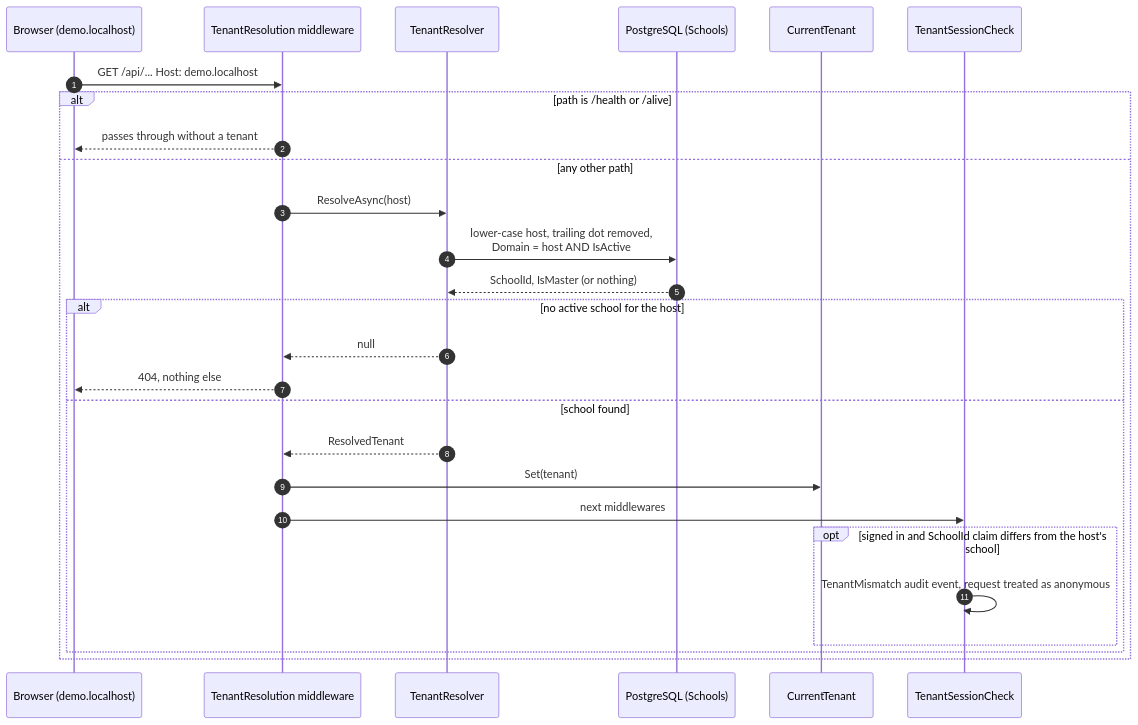
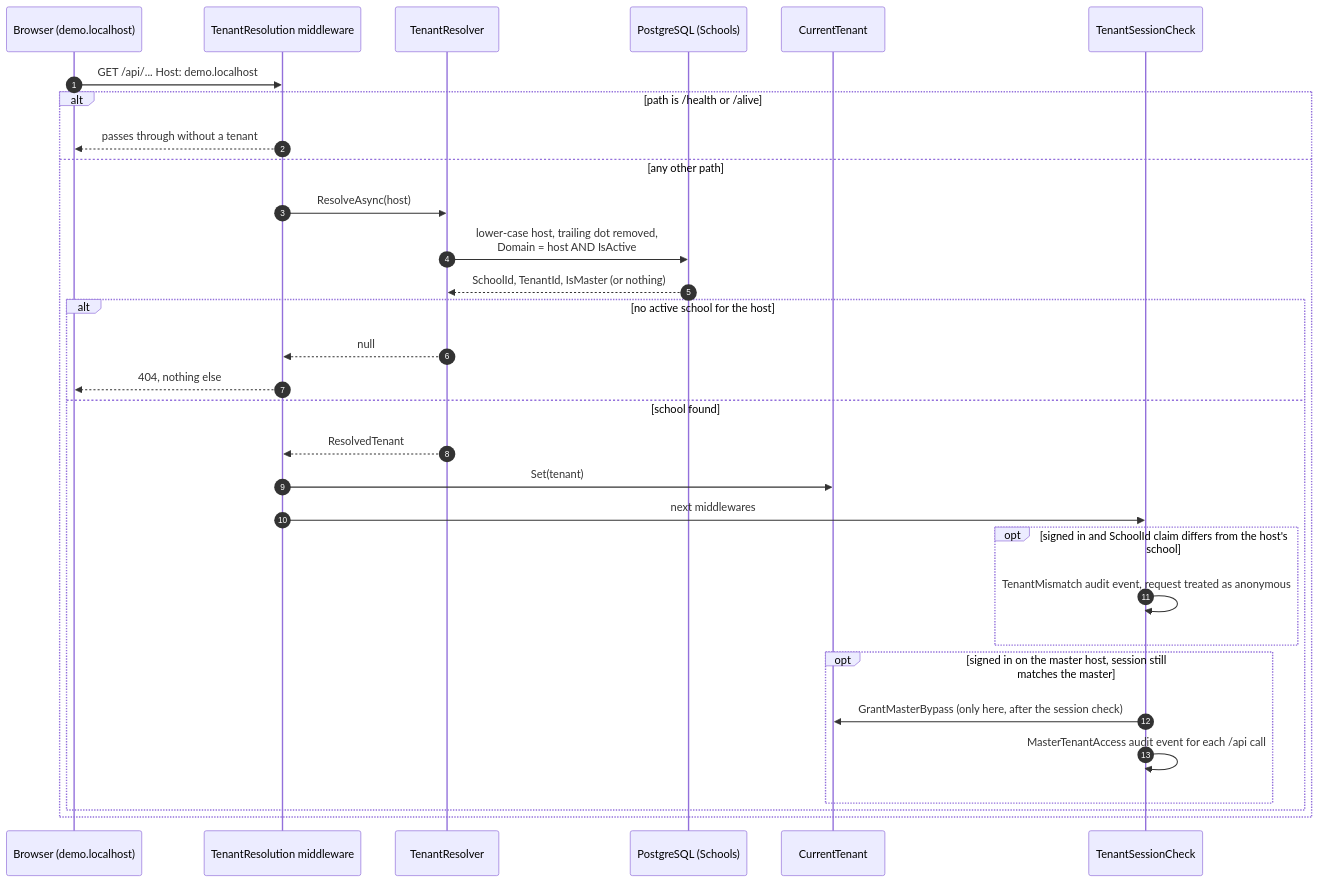
Before and after one commit to ahmedshahjr/Education-Portal: the tenth of 22 diagrams in README.md, drawn with Mermaid. The commit also changed other lines of this file and 45 other files, not shown here.

````diff
--- a/README.md
+++ b/README.md
@@ -604,29 +605,33 @@
 ```mermaid
 sequenceDiagram
     autonumber
     participant B as Browser (demo.localhost)
     participant M as TenantResolution middleware
     participant R as TenantResolver
     participant Db as PostgreSQL (Schools)
     participant T as CurrentTenant
     participant S as TenantSessionCheck
     B->>M: GET /api/... Host: demo.localhost
     alt path is /health or /alive
         M-->>B: passes through without a tenant
     else any other path
         M->>R: ResolveAsync(host)
         R->>Db: lower-case host, trailing dot removed,<br/>Domain = host AND IsActive
-        Db-->>R: SchoolId, IsMaster (or nothing)
+        Db-->>R: SchoolId, TenantId, IsMaster (or nothing)
         alt no active school for the host
             R-->>M: null
             M-->>B: 404, nothing else
         else school found
             R-->>M: ResolvedTenant
             M->>T: Set(tenant)
             M->>S: next middlewares
             opt signed in and SchoolId claim differs from the host's school
                 S->>S: TenantMismatch audit event, request treated as anonymous
             end
+            opt signed in on the master host, session still matches the master
+                S->>T: GrantMasterBypass (only here, after the session check)
+                S->>S: MasterTenantAccess audit event for each /api call
+            end
         end
     end
 ```
````
